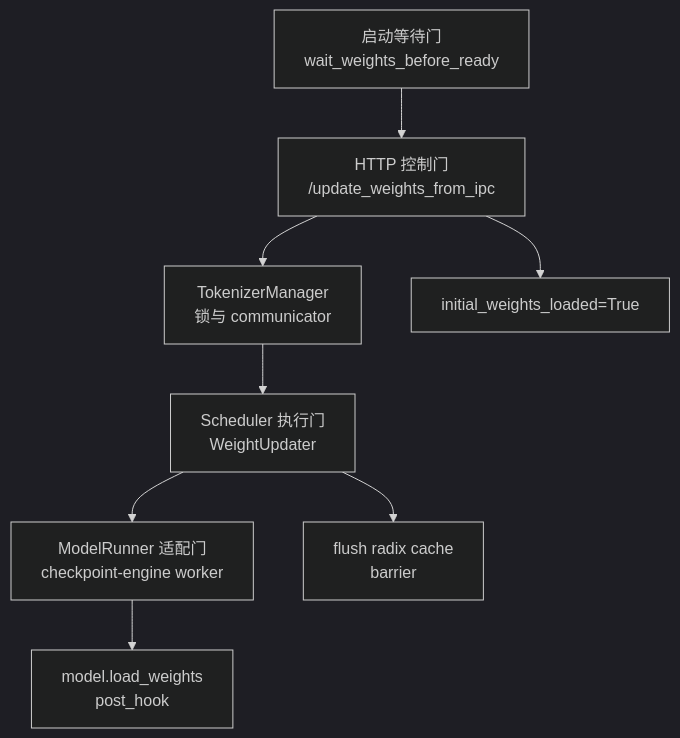
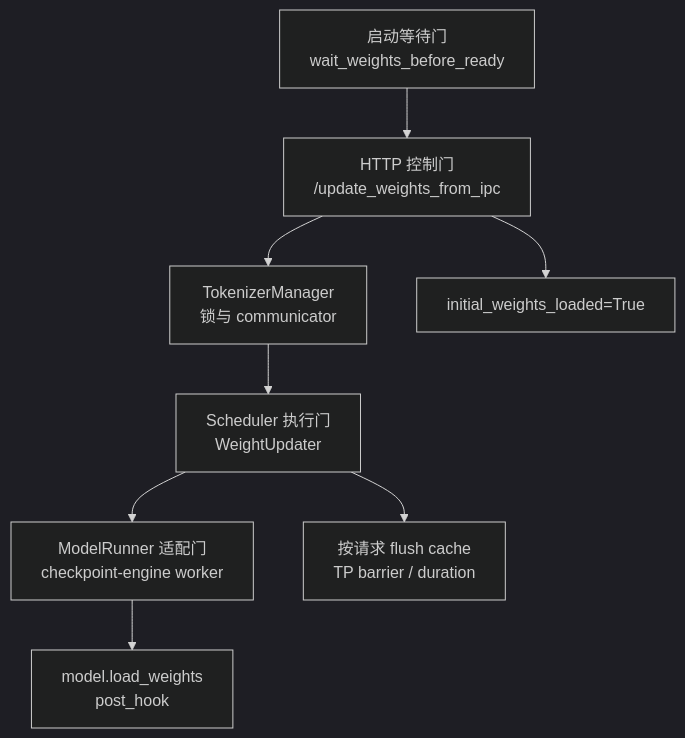
Before and after one commit to OnlyHero5/sglang-reading-vault: the diagram in sglang_reading/高级特性/CheckpointEngine/SGLang-CheckpointEngine.md, drawn with Mermaid (dark theme). The commit also changed other lines of this file and 512 other files, not shown here.

````diff
--- a/sglang_reading/高级特性/CheckpointEngine/SGLang-CheckpointEngine.md
+++ b/sglang_reading/高级特性/CheckpointEngine/SGLang-CheckpointEngine.md
@@ -31,10 +31,10 @@
 ```mermaid
 flowchart TB
   WAIT["启动等待门<br/>wait_weights_before_ready"] --> HTTP["HTTP 控制门<br/>/update_weights_from_ipc"]
   HTTP --> TM["TokenizerManager<br/>锁与 communicator"]
   TM --> SCHED["Scheduler 执行门<br/>WeightUpdater"]
   SCHED --> RUNNER["ModelRunner 适配门<br/>checkpoint-engine worker"]
   RUNNER --> MODEL["model.load_weights<br/>post_hook"]
-  SCHED --> CACHE["flush radix cache<br/>barrier"]
+  SCHED --> CACHE["按请求 flush cache<br/>TP barrier / duration"]
   HTTP --> READY["initial_weights_loaded=True"]
 ```
````
